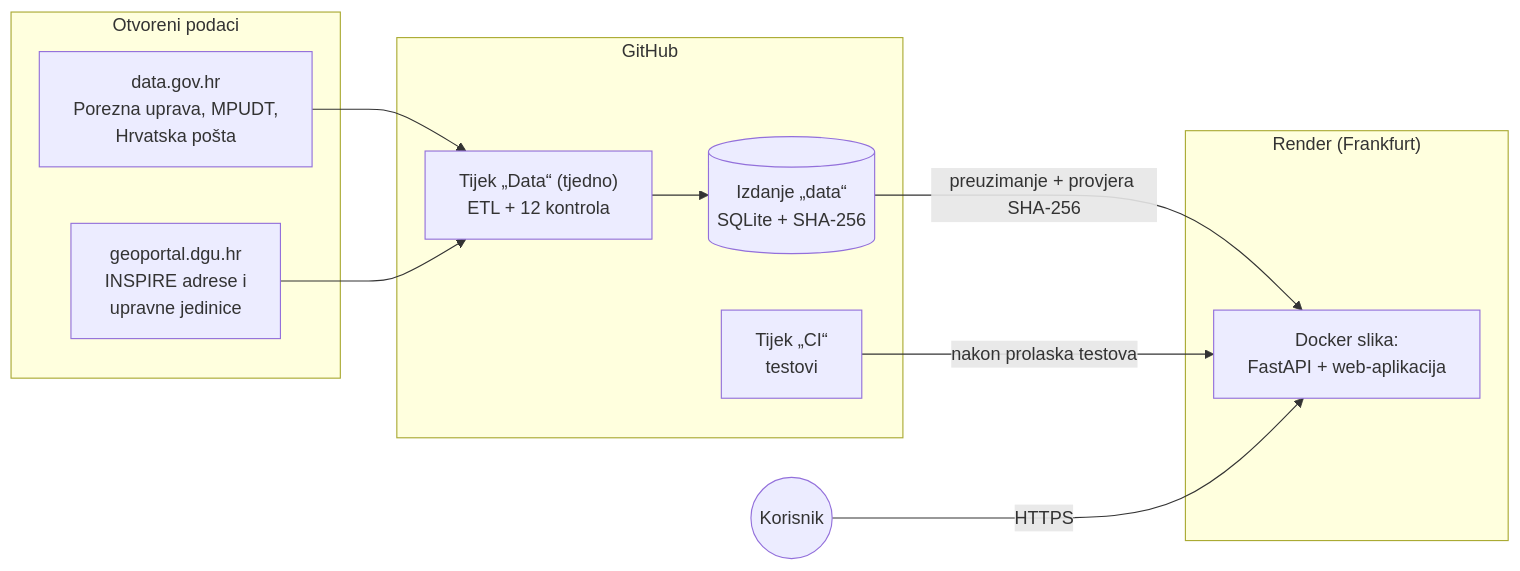
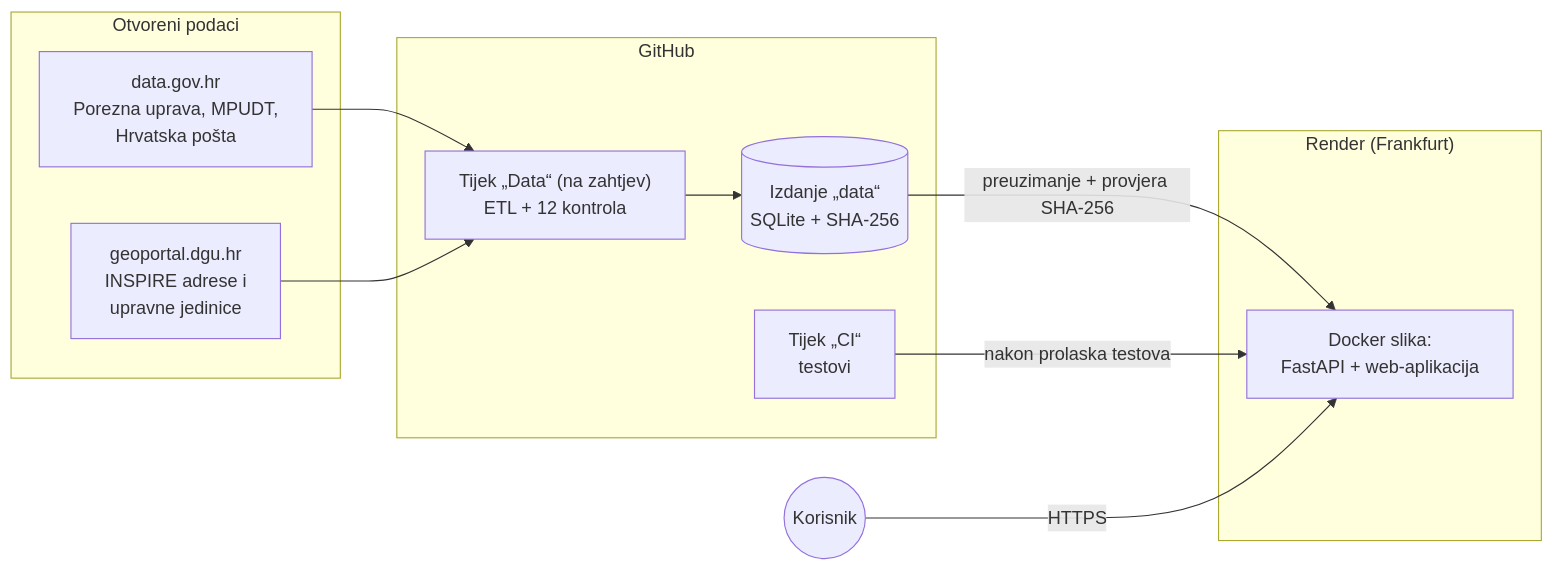
Before and after one commit to djurgec/renter-tax-calculator: the second of 2 diagrams in docs/DOKUMENTACIJA.md, drawn with Mermaid. The commit also changed other lines of this file and 2 other files, not shown here.

Commit message:
Remove automatic data rebuild

````diff
--- a/docs/DOKUMENTACIJA.md
+++ b/docs/DOKUMENTACIJA.md
@@ -202,21 +202,21 @@
 ```mermaid
 flowchart LR
     subgraph Izvori["Otvoreni podaci"]
         DG[data.gov.hr<br/>Porezna uprava, MPUDT,<br/>Hrvatska pošta]
         GEO[geoportal.dgu.hr<br/>INSPIRE adrese i<br/>upravne jedinice]
     end
     subgraph GitHub
-        WF["Tijek „Data“ (tjedno)<br/>ETL + 12 kontrola"]
+        WF["Tijek „Data“ (na zahtjev)<br/>ETL + 12 kontrola"]
         REL[(Izdanje „data“<br/>SQLite + SHA-256)]
         CI["Tijek „CI“<br/>testovi"]
     end
     subgraph Render["Render (Frankfurt)"]
         IMG["Docker slika:<br/>FastAPI + web-aplikacija"]
     end
     DG --> WF
     GEO --> WF
     WF --> REL
     REL -->|preuzimanje + provjera SHA-256| IMG
     CI -->|nakon prolaska testova| IMG
     U((Korisnik)) -->|HTTPS| IMG
 ```
````
